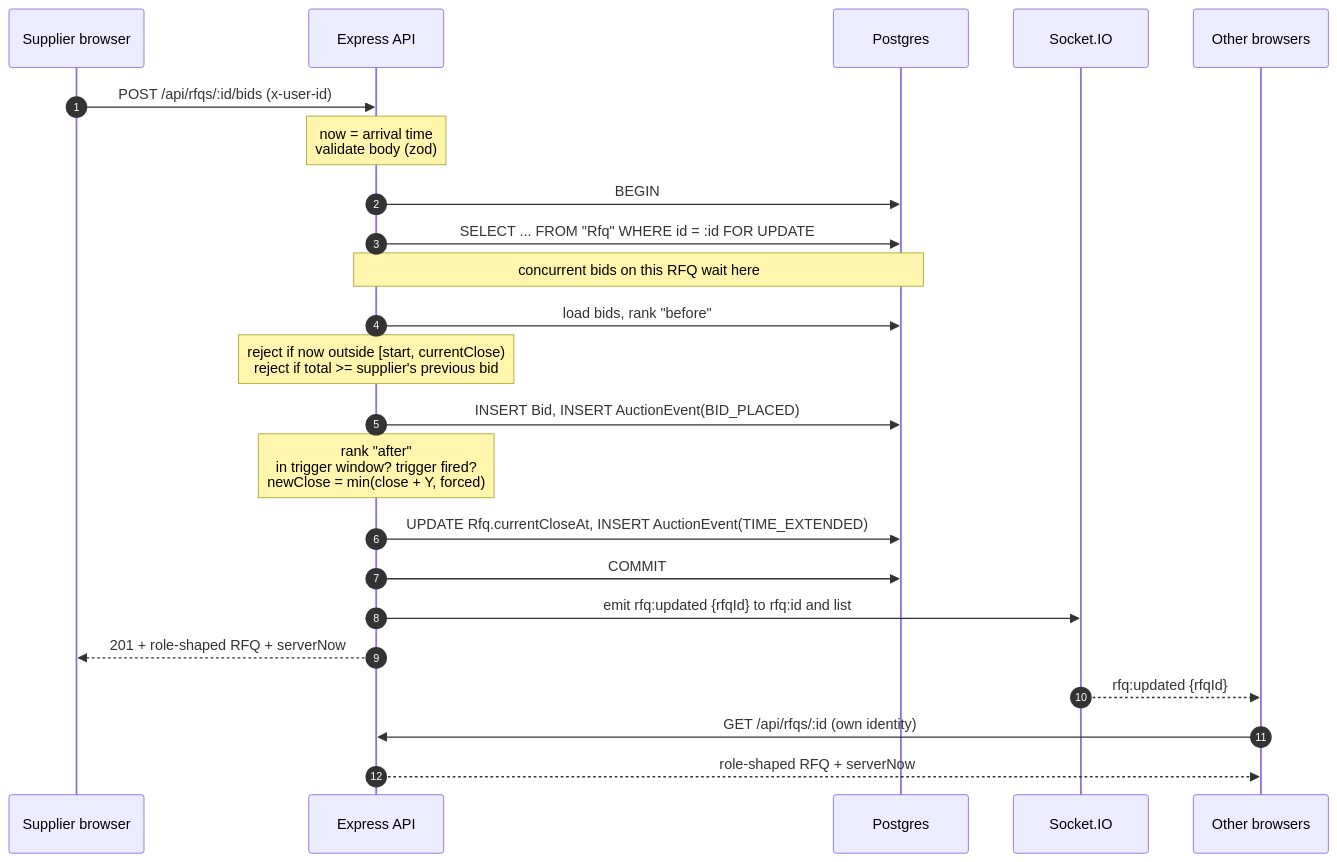
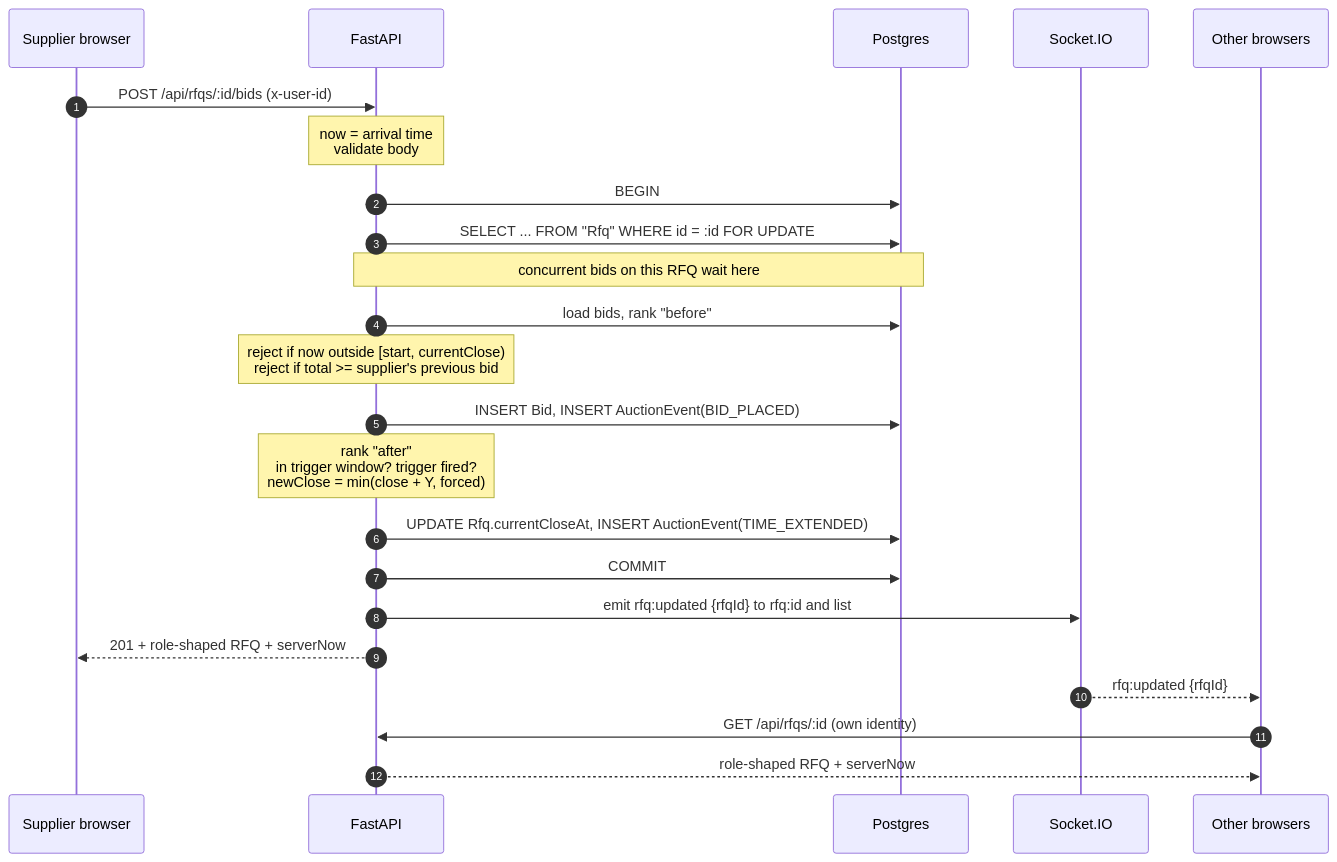
The second of 2 diagrams in docs/HLD.md (Ipsita-Mondal-30/british-auction), drawn with Mermaid before and after one commit. The commit also changed other lines of this file and 33 other files, not shown here.

First line of the commit message:
refactor: migrate backend from Node/Express to Python/FastAPI

````diff
--- a/docs/HLD.md
+++ b/docs/HLD.md
@@ -47,26 +47,26 @@
 ```mermaid
 sequenceDiagram
     autonumber
     participant S as Supplier browser
-    participant API as Express API
+    participant API as FastAPI
     participant DB as Postgres
     participant IO as Socket.IO
     participant O as Other browsers
 
     S->>API: POST /api/rfqs/:id/bids (x-user-id)
-    Note over API: now = arrival time<br/>validate body (zod)
+    Note over API: now = arrival time<br/>validate body
     API->>DB: BEGIN
     API->>DB: SELECT ... FROM "Rfq" WHERE id = :id FOR UPDATE
     Note over API,DB: concurrent bids on this RFQ wait here
     API->>DB: load bids, rank "before"
     Note over API: reject if now outside [start, currentClose)<br/>reject if total >= supplier's previous bid
     API->>DB: INSERT Bid, INSERT AuctionEvent(BID_PLACED)
     Note over API: rank "after"<br/>in trigger window? trigger fired?<br/>newClose = min(close + Y, forced)
     API->>DB: UPDATE Rfq.currentCloseAt, INSERT AuctionEvent(TIME_EXTENDED)
     API->>DB: COMMIT
     API->>IO: emit rfq:updated {rfqId} to rfq:id and list
     API-->>S: 201 + role-shaped RFQ + serverNow
     IO-->>O: rfq:updated {rfqId}
     O->>API: GET /api/rfqs/:id (own identity)
     API-->>O: role-shaped RFQ + serverNow
 ```
````
